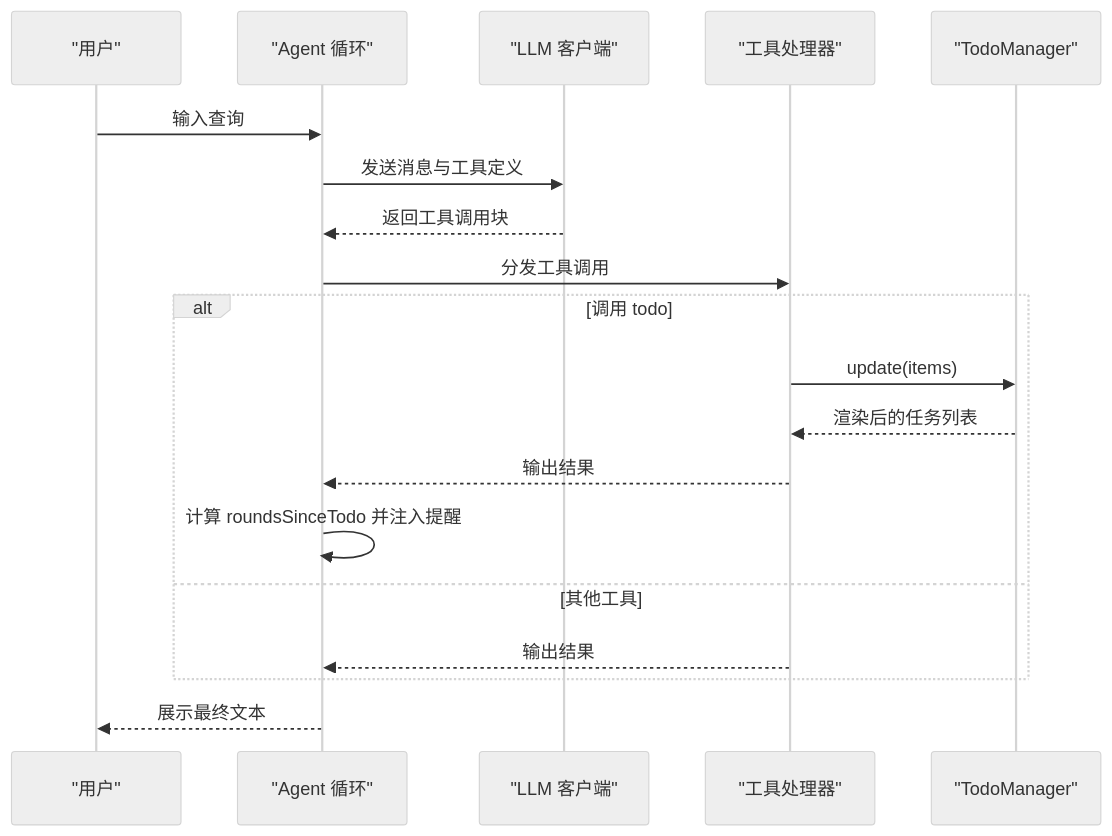
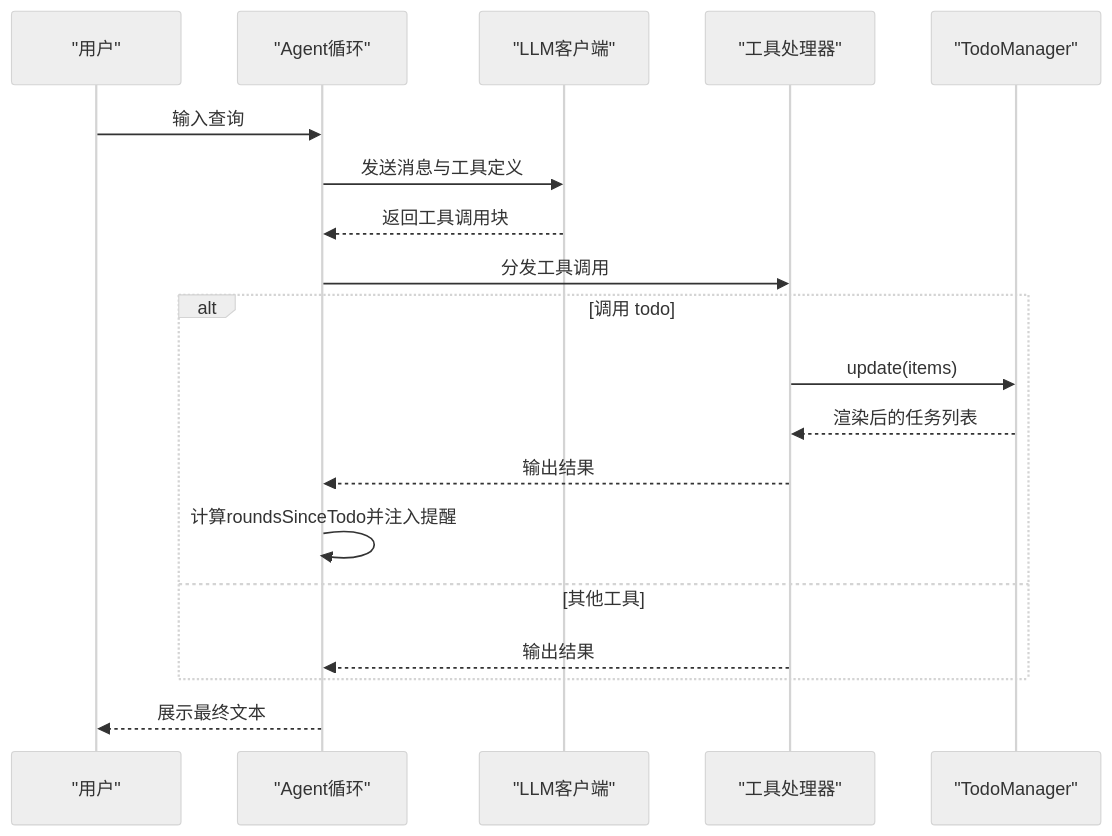
One commit to eurekaYYzero/Mini-Claude-Code changed the second of 6 diagrams in .qoder/repowiki/zh/content/渐进式学习教程/阶段三：任务规划管理.md. Above: the diagram before and after it, drawn with Mermaid (neutral theme). The commit also changed other lines of this file and 5 other files, not shown here.

````diff
--- a/.qoder/repowiki/zh/content/渐进式学习教程/阶段三：任务规划管理.md
+++ b/.qoder/repowiki/zh/content/渐进式学习教程/阶段三：任务规划管理.md
@@ -83,21 +117,21 @@
 ```mermaid
 sequenceDiagram
 participant U as "用户"
-participant A as "Agent 循环"
-participant L as "LLM 客户端"
+participant A as "Agent循环"
+participant L as "LLM客户端"
 participant T as "工具处理器"
 participant TM as "TodoManager"
 U->>A : 输入查询
 A->>L : 发送消息与工具定义
 L-->>A : 返回工具调用块
 A->>T : 分发工具调用
 alt 调用 todo
 T->>TM : update(items)
 TM-->>T : 渲染后的任务列表
 T-->>A : 输出结果
-A->>A : 计算 roundsSinceTodo 并注入提醒
+A->>A : 计算roundsSinceTodo并注入提醒
 else 其他工具
 T-->>A : 输出结果
 end
 A-->>U : 展示最终文本
 ```
````
